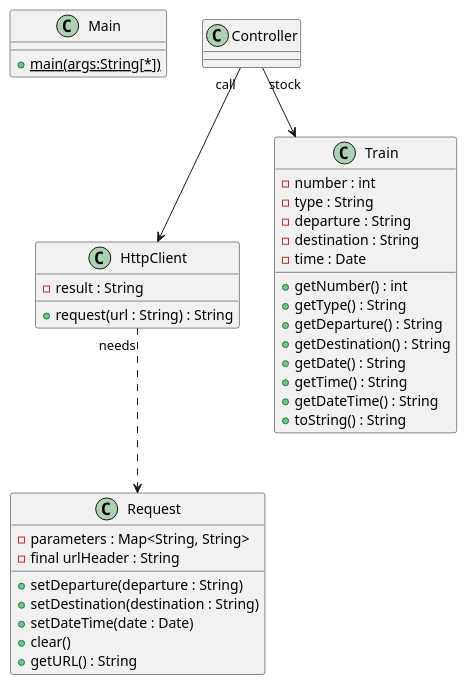
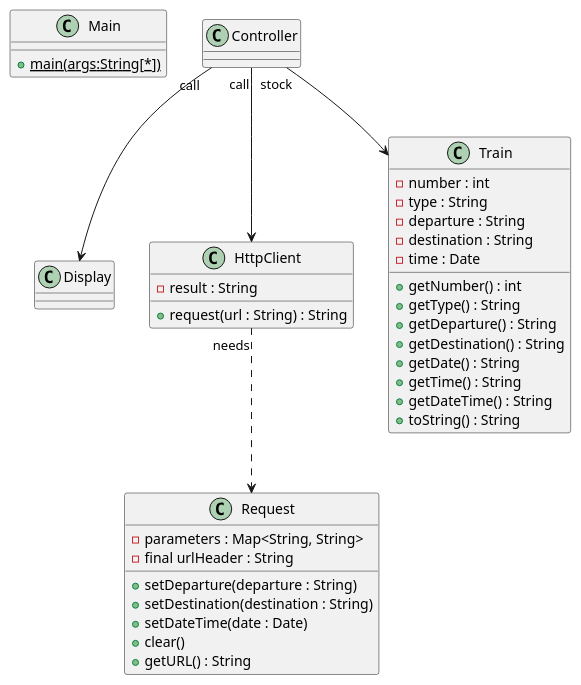
Before and after one commit to AegirVOD/tgvmax-lookup: the diagram in uml/Class.puml, drawn with PlantUML. The commit also changed 11 other files, not shown here.

```diff
--- a/uml/Class.puml
+++ b/uml/Class.puml
@@ -1,47 +1,51 @@
 @startuml
 'https://plantuml.com/class-diagram
 
 class Main {
 
     +{static}main(args:String[*])
 }
 
 class Controller {
+}
+
+class Display {
 }
 
 class HttpClient {
     -result : String
     +request(url : String) : String
 }
 
 class Request {
     -parameters : Map<String, String>
     -final urlHeader : String
     +setDeparture(departure : String)
     +setDestination(destination : String)
     +setDateTime(date : Date)
     +clear()
     +getURL() : String
 }
 
 class Train {
     -number : int
     -type : String
     -departure : String
     -destination : String
     -time : Date
     +getNumber() : int
     +getType() : String
     +getDeparture() : String
     +getDestination() : String
     +getDate() : String
     +getTime() : String
     +getDateTime() : String
     +toString() : String
 }
 
 HttpClient "needs"..> Request
 Controller "call"--> HttpClient
 Controller "stock"--> Train
+Controller "call" --> Display
 
 @enduml
```
